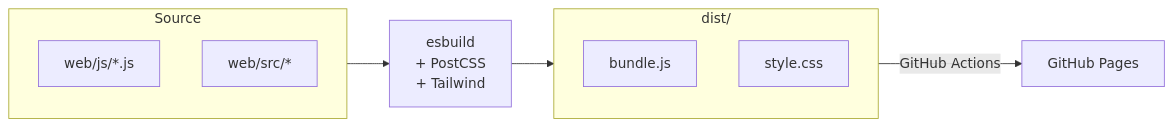
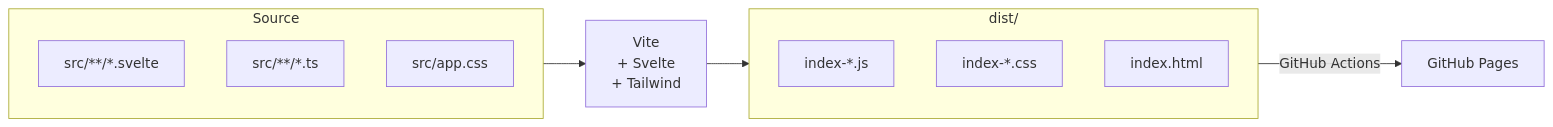
One commit to HenkVanMaanen/devbox changed the fifth of 5 diagrams in docs/architecture.md. Above: the diagram before and after it, drawn with Mermaid. The commit also changed other lines of this file and 40 other files, not shown here.

````diff
--- a/docs/architecture.md
+++ b/docs/architecture.md
@@ -194,17 +191,19 @@
 ```mermaid
 flowchart LR
     subgraph Source
-        JS["web/js/*.js"]
-        CSS["web/src/*"]
+        Svelte["src/**/*.svelte"]
+        TS["src/**/*.ts"]
+        CSS["src/app.css"]
     end
 
-    Source --> Build["esbuild<br/>+ PostCSS<br/>+ Tailwind"]
+    Source --> Build["Vite<br/>+ Svelte<br/>+ Tailwind"]
 
     subgraph Dist["dist/"]
-        Bundle["bundle.js"]
-        Styles["style.css"]
+        Bundle["index-*.js"]
+        Styles["index-*.css"]
+        HTML["index.html"]
     end
 
     Build --> Dist
     Dist -->|"GitHub Actions"| Pages["GitHub Pages"]
 ```
````
